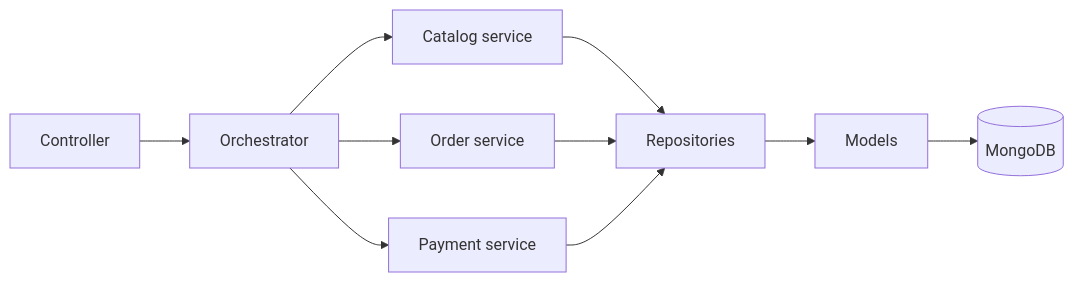
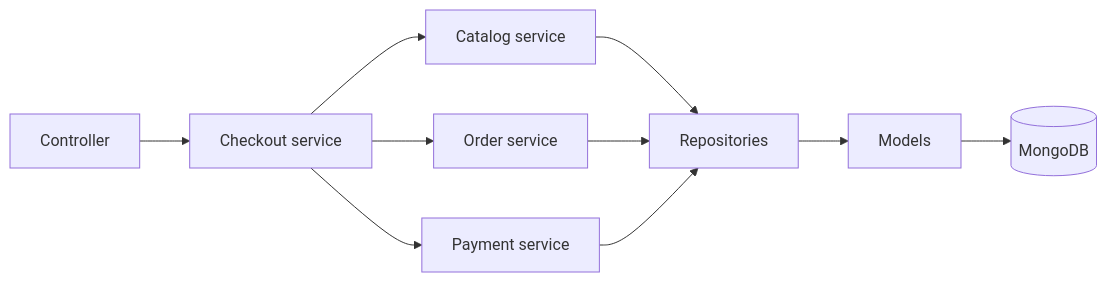
One commit to thanhnd4869/avengers-api changed the third of 3 diagrams in README.md. Above: the diagram before and after it, drawn with Mermaid. The commit also changed other lines of this file and 31 other files, not shown here.

````diff
--- a/README.md
+++ b/README.md
@@ -167,12 +250,12 @@
 ```mermaid
 flowchart LR
-  Controller --> Orchestrator
-  Orchestrator --> CatalogService["Catalog service"]
-  Orchestrator --> OrderService["Order service"]
-  Orchestrator --> PaymentService["Payment service"]
+  Controller --> CheckoutService["Checkout service"]
+  CheckoutService --> CatalogService["Catalog service"]
+  CheckoutService --> OrderService["Order service"]
+  CheckoutService --> PaymentService["Payment service"]
   CatalogService --> Repositories["Repositories"]
   OrderService --> Repositories
   PaymentService --> Repositories
   Repositories --> Models["Models"]
   Models --> MongoDB[(MongoDB)]
 ```
````
